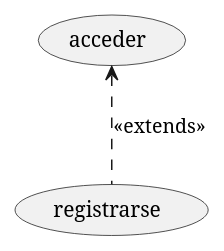
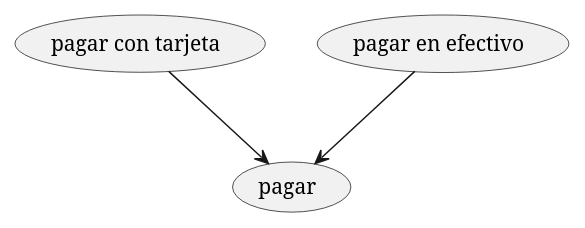
The diagram in src/archivoplant.puml (jorgealll/plantt1), drawn with PlantUML before and after one commit.

Commit message:
commit generalizacion

```diff
--- a/src/archivoplant.puml
+++ b/src/archivoplant.puml
@@ -1,5 +1,6 @@
 @startuml
 'https://plantuml.com/sequence-diagram
 
-(acceder) <.. (registrarse) : <<extends>>
+(pagar con tarjeta) -->(pagar)
+(pagar en efectivo) -->(pagar)
 @enduml
```
